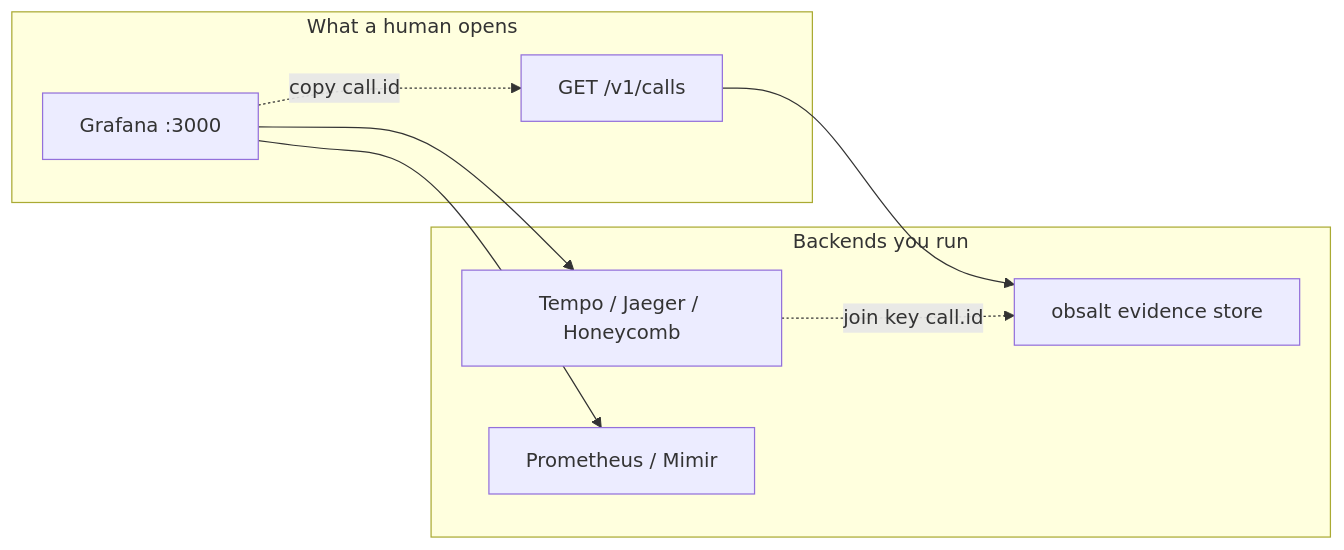
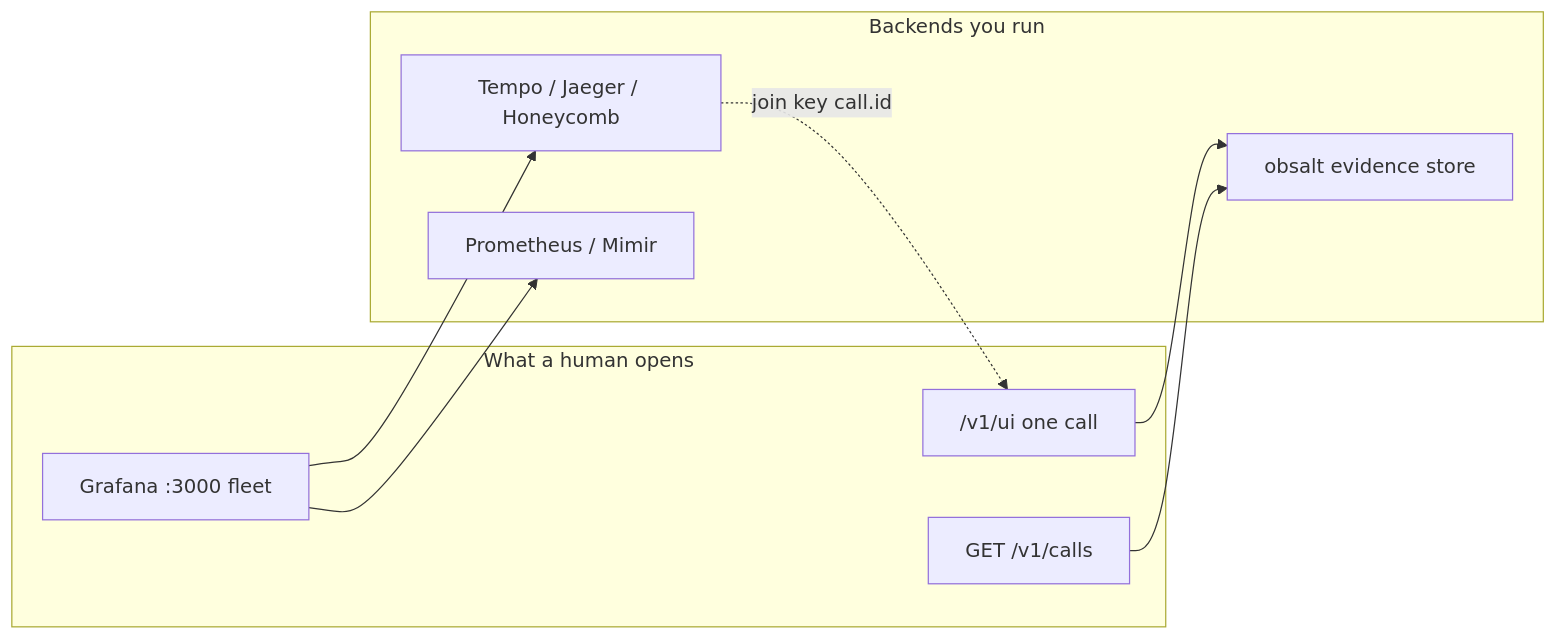
The diagram in docs/what-you-see.md (obsalt/obsalt-legacy), drawn with Mermaid before and after one commit. The commit also changed other lines of this file and 30 other files, not shown here.

First line of the commit message:
Join traces and evidence on a per-call view

````diff
--- a/docs/what-you-see.md
+++ b/docs/what-you-see.md
@@ -15,17 +18,18 @@
 ```mermaid
 flowchart LR
   subgraph face ["What a human opens"]
-    G["Grafana :3000"]
+    UI["/v1/ui  one call"]
+    G["Grafana :3000  fleet"]
     API["GET /v1/calls"]
   end
   subgraph backends ["Backends you run"]
     Tempo["Tempo / Jaeger / Honeycomb"]
     Prom["Prometheus / Mimir"]
     Store["obsalt evidence store"]
   end
+  UI --> Store
   G --> Tempo
   G --> Prom
-  G -.->|"copy call.id"| API
   API --> Store
-  Tempo -.->|"join key call.id"| Store
+  Tempo -.->|"join key call.id"| UI
 ```
````
